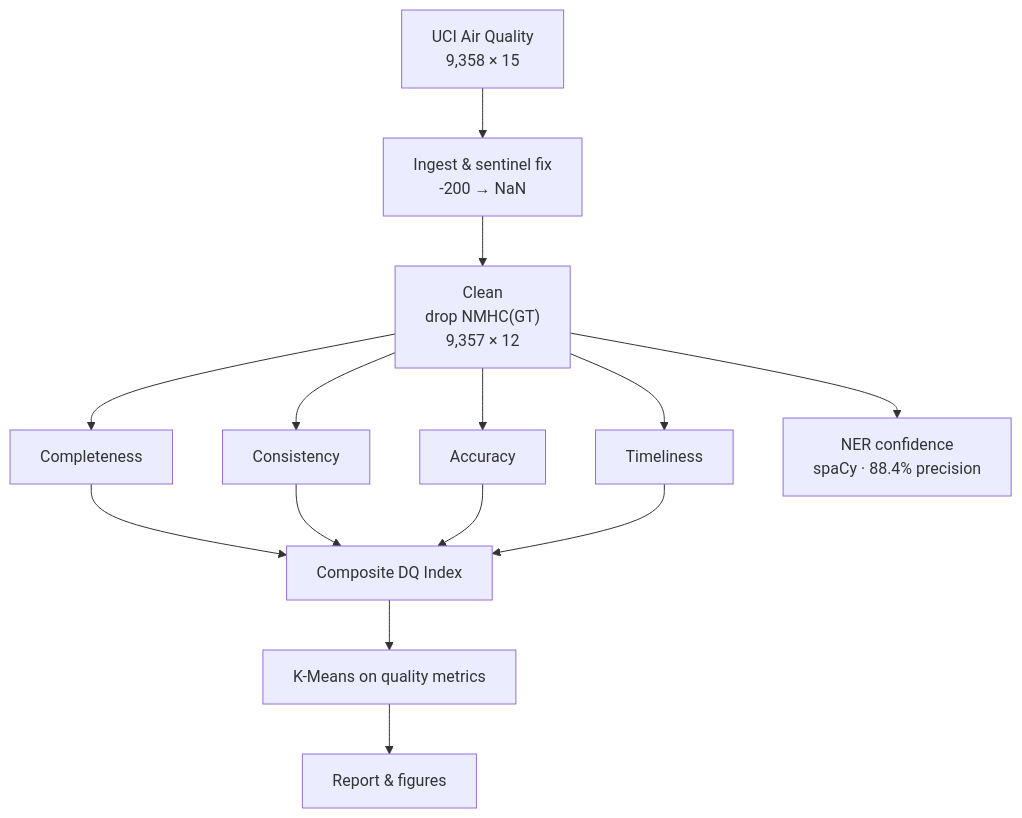
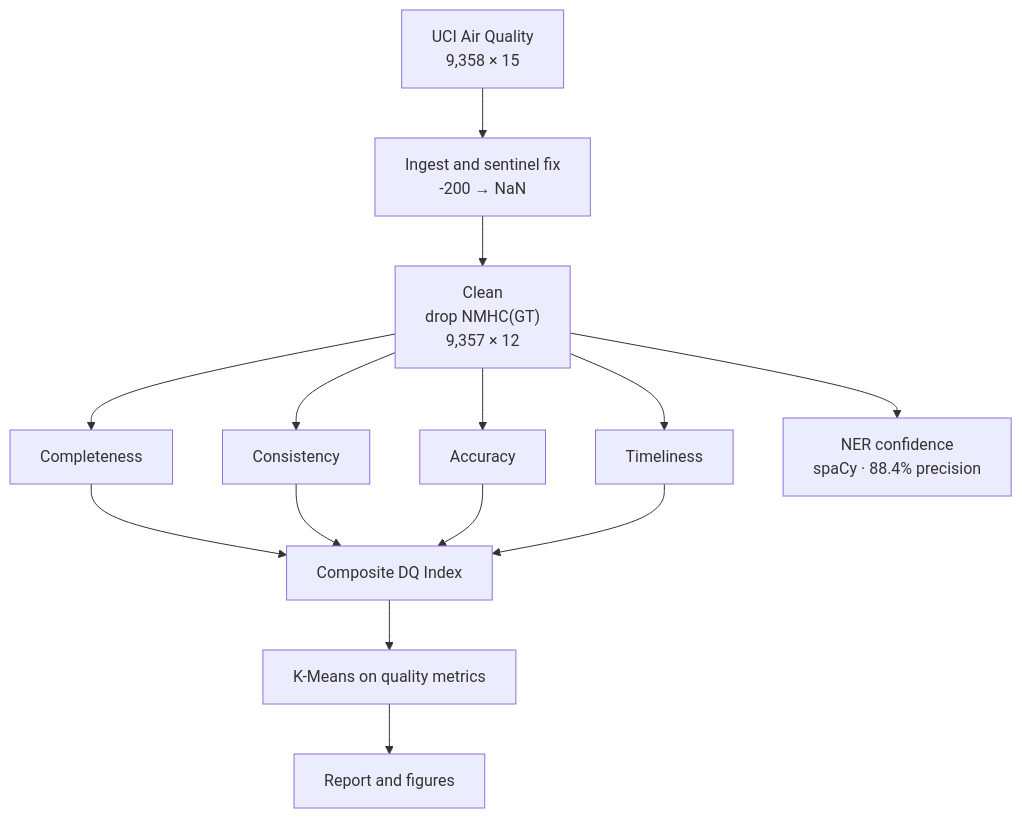
The diagram in README.md (kandulanikhilvarma/quantifying-data-quality), drawn with Mermaid before and after one commit.

Commit message:
Fix Architecture Mermaid diagram rendering on GitHub (#5)
Replace `&` (and `&gt;`) inside node labels with plain words. GitHub's
pinned Mermaid version mis-parses `&` inside quoted labels, which broke
rendering ("Cannot read properties of undefined").

````diff
--- a/README.md
+++ b/README.md
@@ -105,16 +105,16 @@
 ```mermaid
 flowchart TB
-    A["UCI Air Quality<br/>9,358 × 15"] --> B["Ingest & sentinel fix<br/>-200 → NaN"]
+    A["UCI Air Quality<br/>9,358 × 15"] --> B["Ingest and sentinel fix<br/>-200 → NaN"]
     B --> C["Clean<br/>drop NMHC(GT)<br/>9,357 × 12"]
     C --> D1["Completeness"]
     C --> D2["Consistency"]
     C --> D3["Accuracy"]
     C --> D4["Timeliness"]
     C --> E["NER confidence<br/>spaCy · 88.4% precision"]
     D1 --> F["Composite DQ Index"]
     D2 --> F
     D3 --> F
     D4 --> F
     F --> G["K-Means on quality metrics"]
-    G --> H["Report & figures"]
+    G --> H["Report and figures"]
 ```
````
